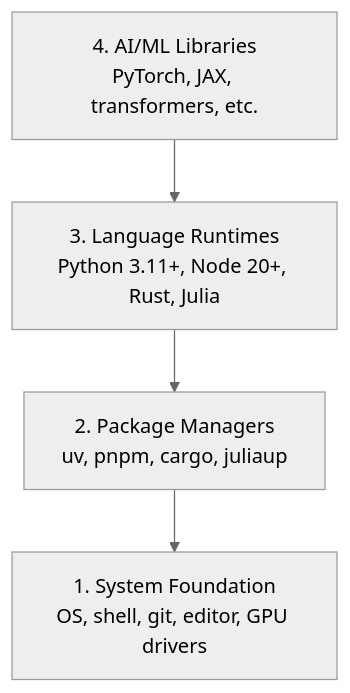
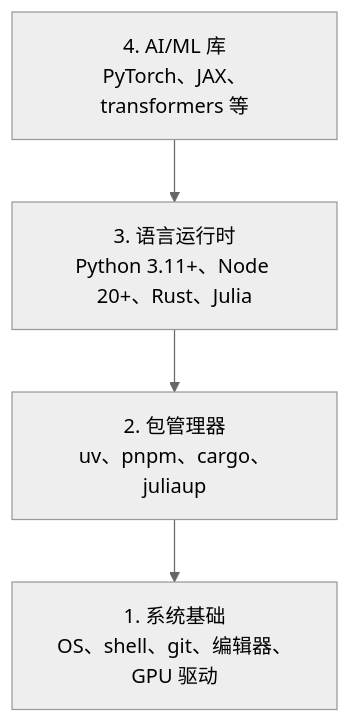
The diagram in phases/00-setup-and-tooling/01-dev-environment/docs/zh-CN.md (husky1102/ai-engineering-from-scratch-zh), drawn with Mermaid (neutral theme) before and after one commit. The commit also changed other lines of this file and 10 other files, not shown here.

````diff
--- a/phases/00-setup-and-tooling/01-dev-environment/docs/zh-CN.md
+++ b/phases/00-setup-and-tooling/01-dev-environment/docs/zh-CN.md
@@ -27,6 +27,6 @@
 ```mermaid
 graph TD
-    A["4. AI/ML Libraries\nPyTorch, JAX, transformers, etc."] --> B["3. Language Runtimes\nPython 3.11+, Node 20+, Rust, Julia"]
-    B --> C["2. Package Managers\nuv, pnpm, cargo, juliaup"]
-    C --> D["1. System Foundation\nOS, shell, git, editor, GPU drivers"]
+    A["4. AI/ML 库\nPyTorch、JAX、transformers 等"] --> B["3. 语言运行时\nPython 3.11+、Node 20+、Rust、Julia"]
+    B --> C["2. 包管理器\nuv、pnpm、cargo、juliaup"]
+    C --> D["1. 系统基础\nOS、shell、git、编辑器、GPU 驱动"]
 ```
````
